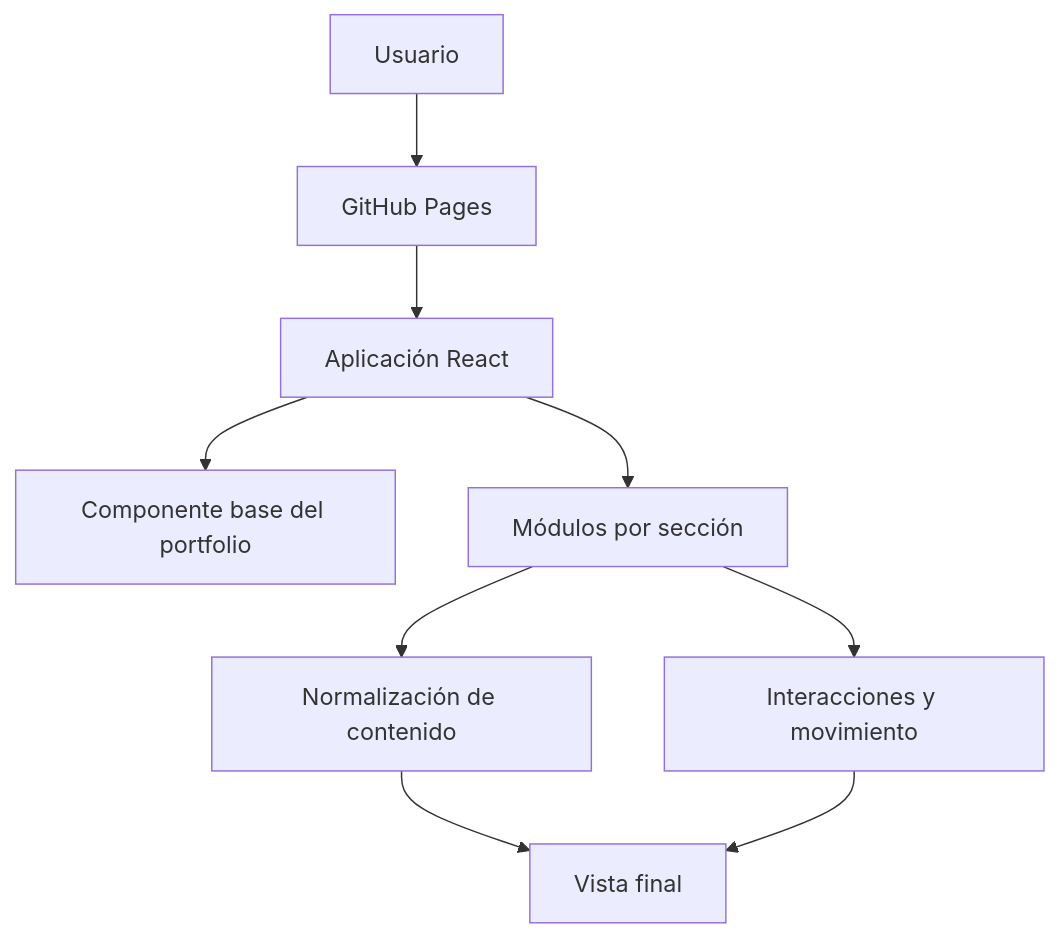
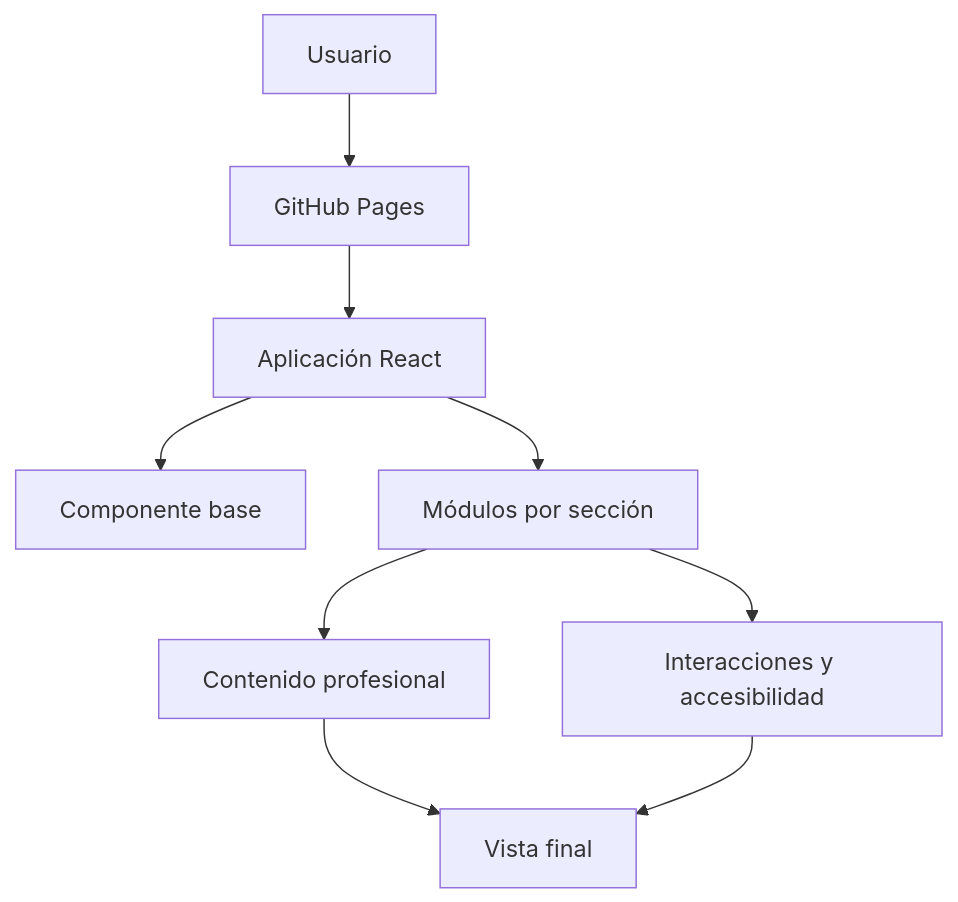
The diagram in README.md (Dante2617012022/portfolio-web), drawn with Mermaid before and after one commit. The commit also changed other lines of this file and 13 other files, not shown here.

````diff
--- a/README.md
+++ b/README.md
@@ -56,11 +145,11 @@
 ```mermaid
 flowchart TD
     U[Usuario] --> P[GitHub Pages]
     P --> R[Aplicación React]
-    R --> B[Componente base del portfolio]
-    R --> S[Módulos por sección]
-    S --> C[Normalización de contenido]
-    S --> I[Interacciones y movimiento]
+    R --> B[Componente base]
+    R --> M[Módulos por sección]
+    M --> C[Contenido profesional]
+    M --> I[Interacciones y accesibilidad]
     C --> V[Vista final]
     I --> V
 ```
````
